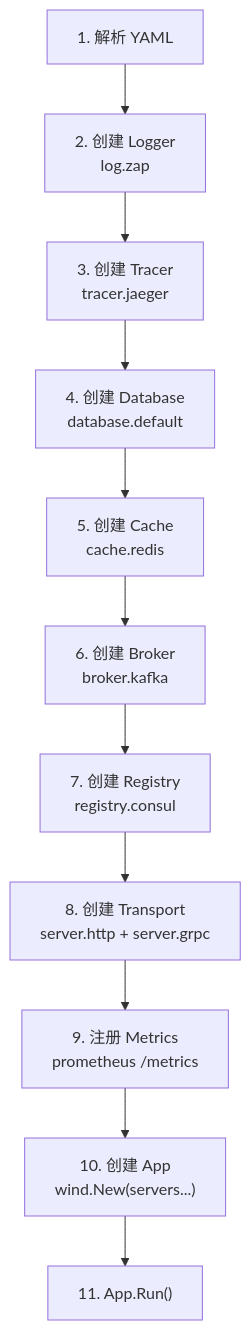
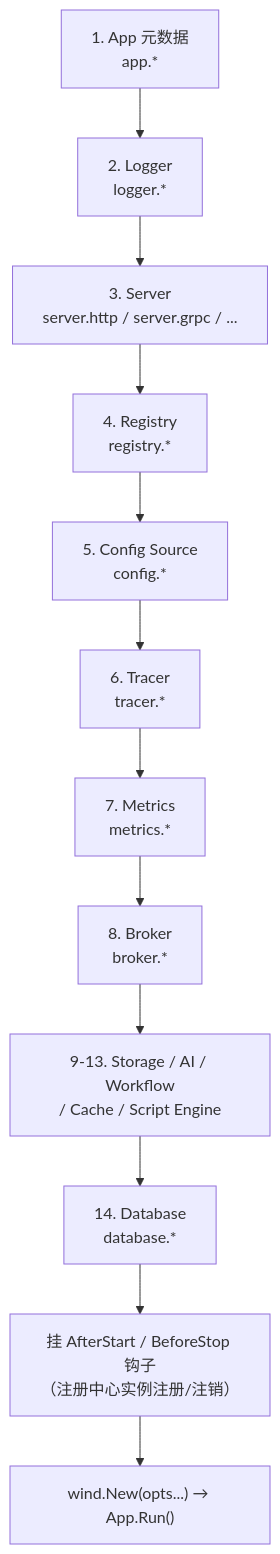
One commit to tx7do/gowind-website changed the second of 2 diagrams in docs/framework/bootstrap-spi.md. Above: the diagram before and after it, drawn with Mermaid. The commit also changed other lines of this file and 172 other files, not shown here.

````diff
--- a/docs/framework/bootstrap-spi.md
+++ b/docs/framework/bootstrap-spi.md
@@ -131,13 +97,14 @@
 ```mermaid
 graph TD
-    A["1. 解析 YAML"] --> B["2. 创建 Logger<br/>log.zap"]
-    B --> C["3. 创建 Tracer<br/>tracer.jaeger"]
-    C --> D["4. 创建 Database<br/>database.default"]
-    D --> E["5. 创建 Cache<br/>cache.redis"]
-    E --> F["6. 创建 Broker<br/>broker.kafka"]
-    F --> G["7. 创建 Registry<br/>registry.consul"]
-    G --> H["8. 创建 Transport<br/>server.http + server.grpc"]
-    H --> I["9. 注册 Metrics<br/>prometheus /metrics"]
-    I --> J["10. 创建 App<br/>wind.New(servers...)"]
-    J --> K["11. App.Run()"]
+    A["1. App 元数据<br/>app.*"] --> B["2. Logger<br/>logger.*"]
+    B --> C["3. Server<br/>server.http / server.grpc / ..."]
+    C --> D["4. Registry<br/>registry.*"]
+    D --> E["5. Config Source<br/>config.*"]
+    E --> F["6. Tracer<br/>tracer.*"]
+    F --> G["7. Metrics<br/>metrics.*"]
+    G --> H["8. Broker<br/>broker.*"]
+    H --> I["9-13. Storage / AI / Workflow<br/>/ Cache / Script Engine"]
+    I --> J["14. Database<br/>database.*"]
+    J --> K["挂 AfterStart / BeforeStop 钩子<br/>（注册中心实例注册/注销）"]
+    K --> L["wind.New(opts...) → App.Run()"]
 ```
````
